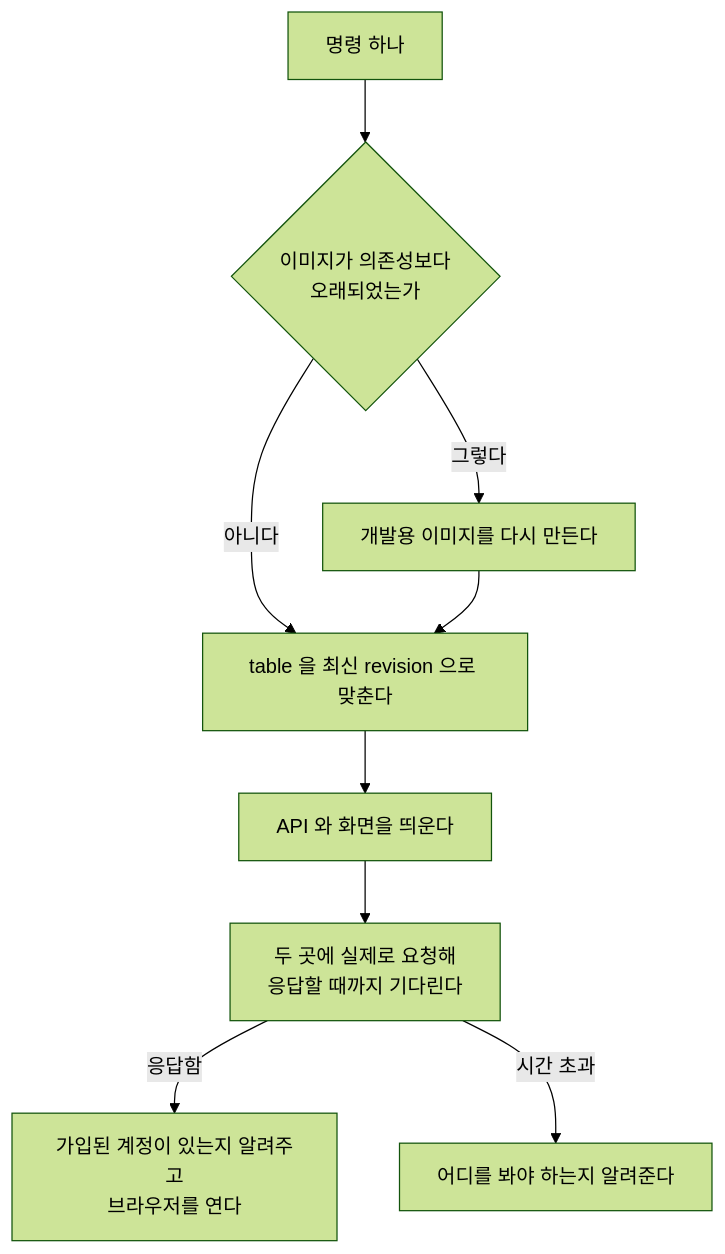
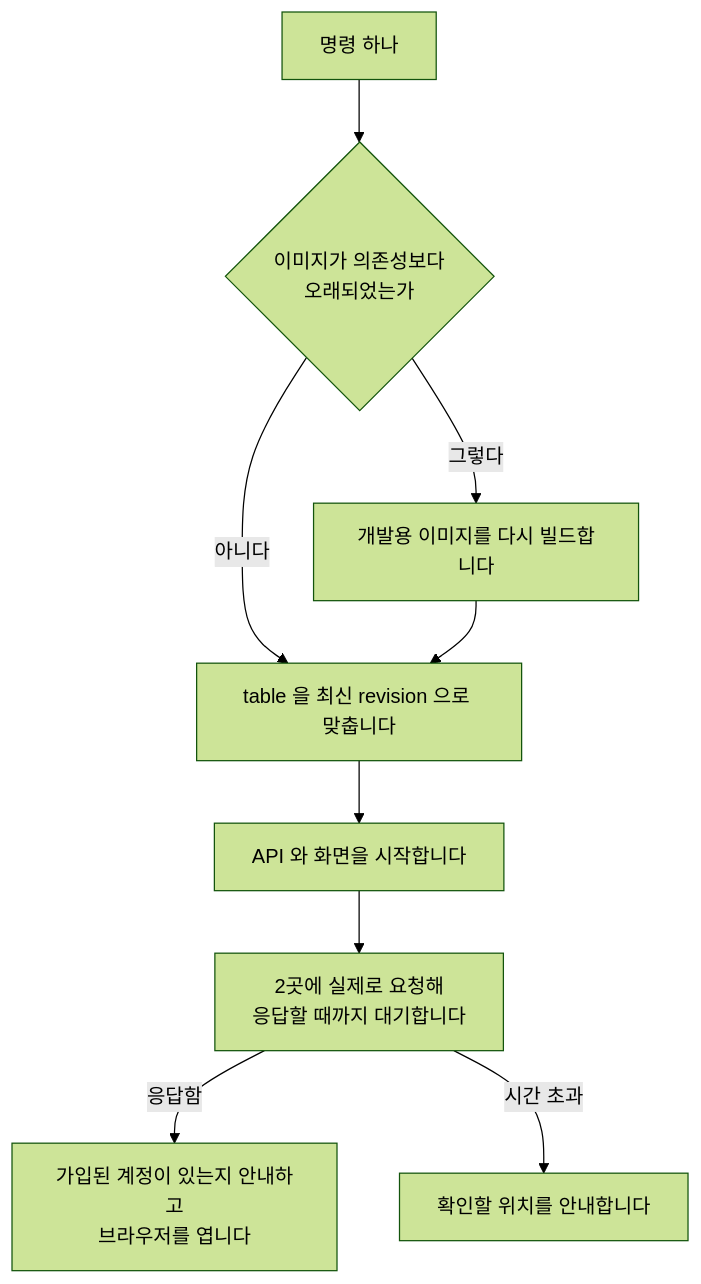
The diagram in .cluedoc/dev-environment/README.md (minkong-dev/Banblit), drawn with Mermaid (forest theme) before and after one commit. The commit also changed other lines of this file and 188 other files, not shown here.

````diff
--- a/.cluedoc/dev-environment/README.md
+++ b/.cluedoc/dev-environment/README.md
@@ -12,11 +12,11 @@
 ```mermaid
 flowchart TD
     START[명령 하나] --> IMG{이미지가 의존성보다<br/>오래되었는가}
-    IMG -->|그렇다| BUILD[개발용 이미지를 다시 만든다]
+    IMG -->|그렇다| BUILD[개발용 이미지를 다시 빌드합니다]
     IMG -->|아니다| MIG
-    BUILD --> MIG[table 을 최신 revision 으로 맞춘다]
-    MIG --> UP[API 와 화면을 띄운다]
-    UP --> WAIT[두 곳에 실제로 요청해<br/>응답할 때까지 기다린다]
-    WAIT -->|응답함| HINT[가입된 계정이 있는지 알려주고<br/>브라우저를 연다]
-    WAIT -->|시간 초과| FAIL[어디를 봐야 하는지 알려준다]
+    BUILD --> MIG[table 을 최신 revision 으로 맞춥니다]
+    MIG --> UP[API 와 화면을 시작합니다]
+    UP --> WAIT[2곳에 실제로 요청해<br/>응답할 때까지 대기합니다]
+    WAIT -->|응답함| HINT[가입된 계정이 있는지 안내하고<br/>브라우저를 엽니다]
+    WAIT -->|시간 초과| FAIL[확인할 위치를 안내합니다]
 ```
````
